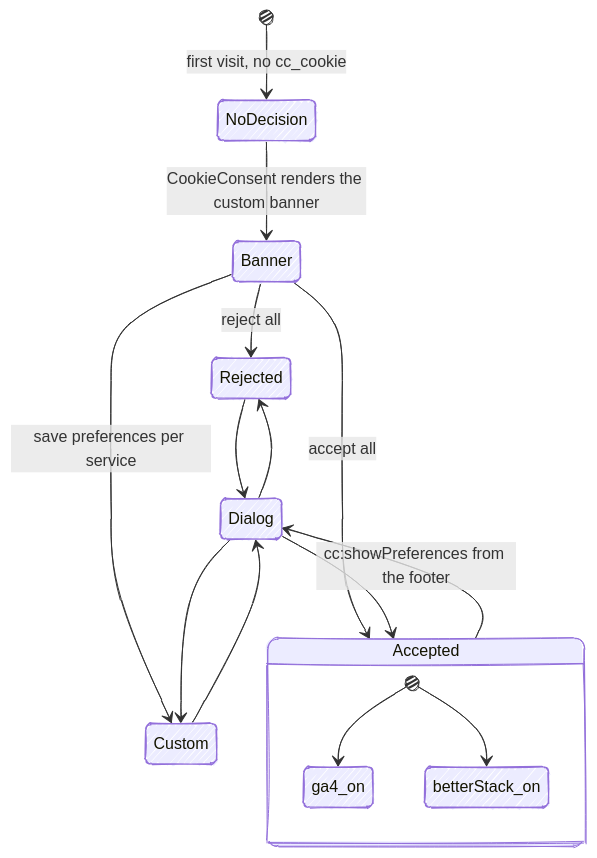
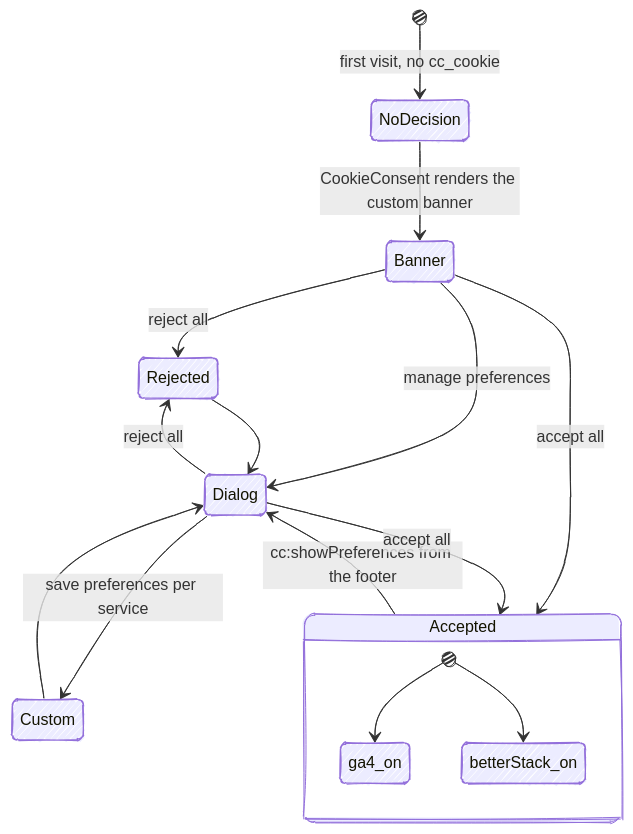
One commit to fbuireu/forever-pto changed the diagram in apps/docs/src/content/docs/how-it-works/cookie-consent.mdx. Above: the diagram before and after it, drawn with Mermaid. The commit also changed other lines of this file and 21 other files, not shown here.

````diff
--- a/apps/docs/src/content/docs/how-it-works/cookie-consent.mdx
+++ b/apps/docs/src/content/docs/how-it-works/cookie-consent.mdx
@@ -29,23 +29,23 @@
 ```mermaid
 ---
 config:
   look: handDrawn
   layout: dagre
 ---
 stateDiagram-v2
   [*] --> NoDecision: first visit, no cc_cookie
   NoDecision --> Banner: CookieConsent renders the custom banner
   Banner --> Accepted: accept all
   Banner --> Rejected: reject all
-  Banner --> Custom: save preferences per service
+  Banner --> Dialog: manage preferences
   Accepted --> Dialog: cc:showPreferences from the footer
   Rejected --> Dialog
   Custom --> Dialog
-  Dialog --> Accepted
-  Dialog --> Rejected
-  Dialog --> Custom
+  Dialog --> Accepted: accept all
+  Dialog --> Rejected: reject all
+  Dialog --> Custom: save preferences per service
   state Accepted {
     [*] --> ga4_on
     [*] --> betterStack_on
   }
 ```
````
